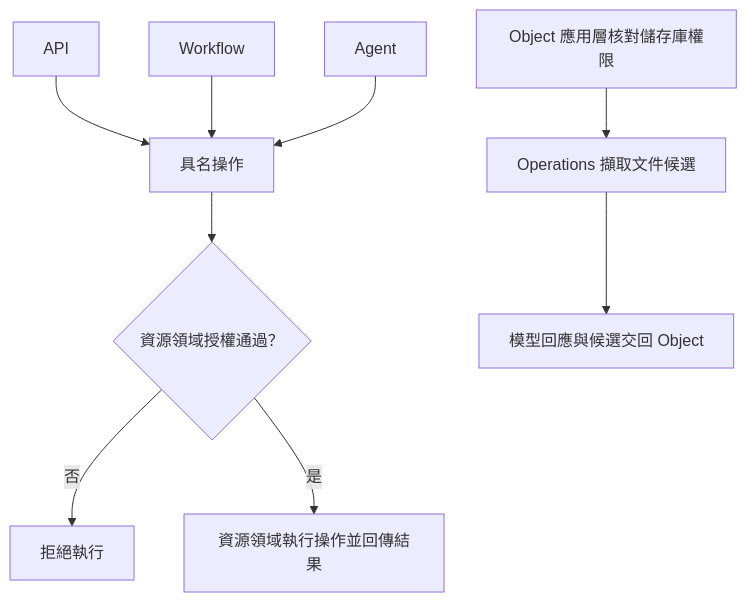
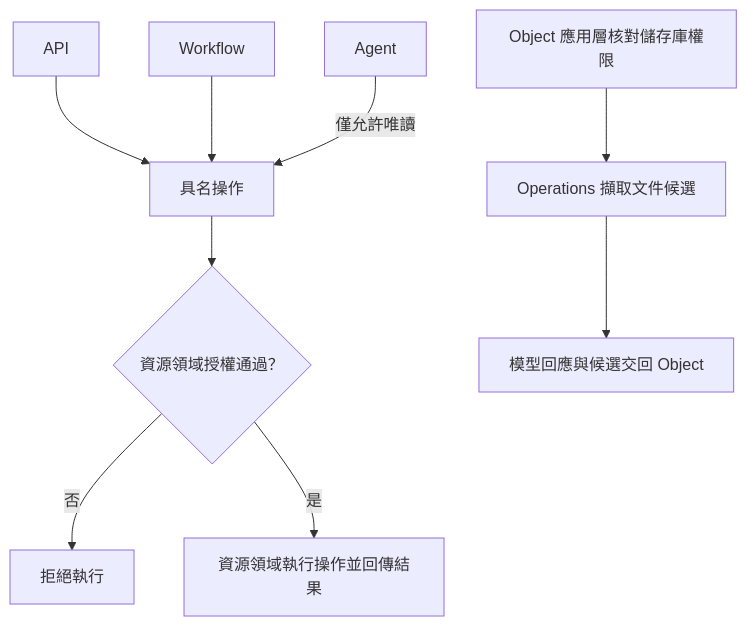
The diagram in docs/proposals/operations.md (963sup/line-mini-app-bot), drawn with Mermaid before and after one commit. The commit also changed other lines of this file and 2 other files, not shown here.

First line of the commit message:
docs(architecture): define bounded agent and workflow collaboration

````diff
--- a/docs/proposals/operations.md
+++ b/docs/proposals/operations.md
@@ -11,11 +17,11 @@
 ```mermaid
 flowchart TD
     api["API"] --> op["具名操作"]
     flow["Workflow"] --> op
-    agent["Agent"] --> op
+    agent["Agent"] -->|"僅允許唯讀"| op
     op --> auth{"資源領域授權通過？"}
     auth -->|否| reject["拒絕執行"]
     auth -->|是| execute["資源領域執行操作並回傳結果"]
     object["Object 應用層核對儲存庫權限"] --> extract["Operations 擷取文件候選"]
     extract --> response["模型回應與候選交回 Object"]
 ```
````
